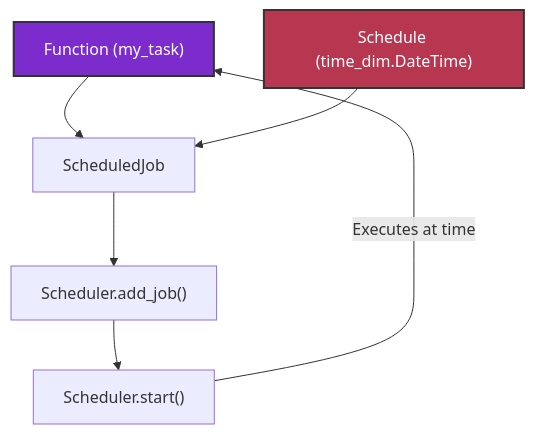
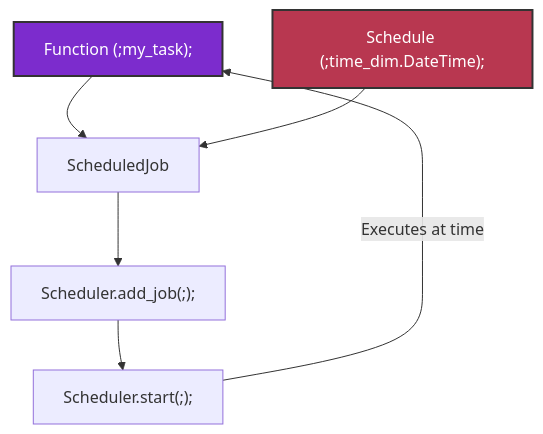
The fifth of 5 diagrams in docs/readme_details/12_example_use/index.md (ikko/sym), drawn with Mermaid before and after one commit. The commit also changed other lines of this file and 17 other files, not shown here.

````diff
--- a/docs/readme_details/12_example_use/index.md
+++ b/docs/readme_details/12_example_use/index.md
@@ -190,12 +190,12 @@
 ```mermaid
 graph TD
-    A[Function #40;my_task#41;] --> B[ScheduledJob];
-    C[Schedule #40;time_dim.DateTime#41;] --> B;
-    B --> D[Scheduler.add_job#40;#41;];
-    D --> E[Scheduler.start#40;#41;];
+    A[Function #40;;my_task#41;;] --> B[ScheduledJob];
+    C[Schedule #40;;time_dim.DateTime#41;;] --> B;
+    B --> D[Scheduler.add_job#40;;#41;;];
+    D --> E[Scheduler.start#40;;#41;;];
     E -- "Executes at time" --> A;
     style C fill:#dfceac,stroke:#333,stroke-width:2px,color:#000000;
 
     style A fill:#7c2ccd,stroke:#333,stroke-width:2px,color:#FFFFFF;
     style C fill:#b83750,stroke:#333,stroke-width:2px,color:#FFFFFF;
 ```
````
